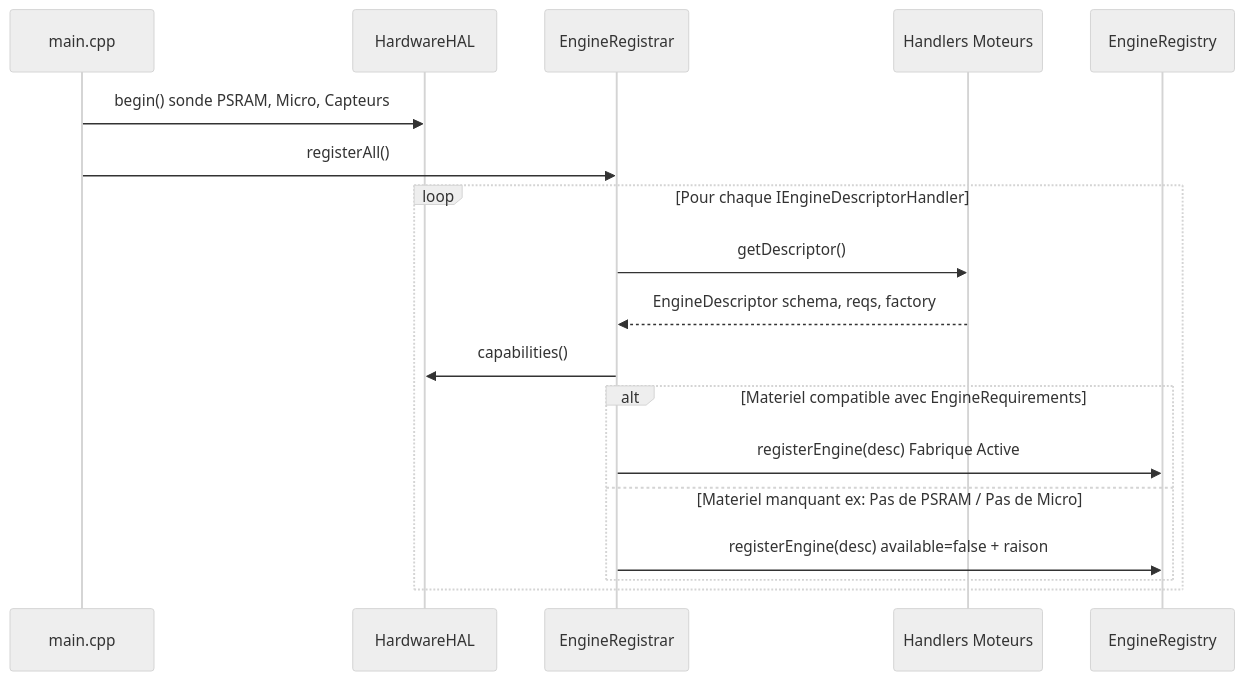
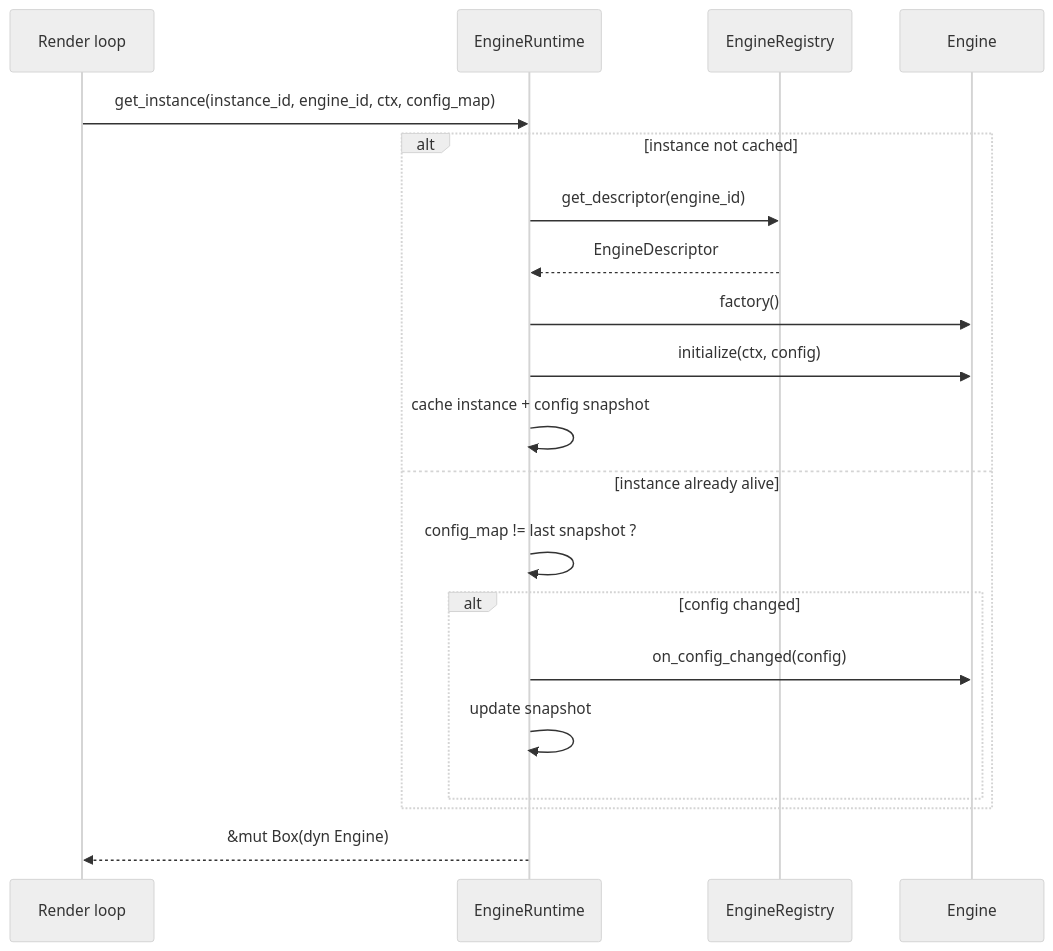
One commit to red77290/ArcadeMatrix changed the fourth of 15 diagrams in docs/ARCHITECTURE_FR.md. Above: the diagram before and after it, drawn with Mermaid (neutral theme). The commit also changed other lines of this file and 16 other files, not shown here.

````diff
--- a/docs/ARCHITECTURE_FR.md
+++ b/docs/ARCHITECTURE_FR.md
@@ -190,21 +248,23 @@
 ```mermaid
 sequenceDiagram
-    participant Boot as main.cpp
-    participant HAL as HardwareHAL
-    participant Reg as EngineRegistrar
-    participant Handlers as Handlers Moteurs
-    participant Registry as EngineRegistry
+    participant RLoop as Render loop
+    participant RT as EngineRuntime
+    participant Reg as EngineRegistry
+    participant Eng as Engine
 
-    Boot->>HAL: begin() sonde PSRAM, Micro, Capteurs
-    Boot->>Reg: registerAll()
-    loop Pour chaque IEngineDescriptorHandler
-        Reg->>Handlers: getDescriptor()
-        Handlers-->>Reg: EngineDescriptor schema, reqs, factory
-        Reg->>HAL: capabilities()
-        alt Materiel compatible avec EngineRequirements
-            Reg->>Registry: registerEngine(desc) Fabrique Active
-        else Materiel manquant ex: Pas de PSRAM / Pas de Micro
-            Reg->>Registry: registerEngine(desc) available=false + raison
+    RLoop->>RT: get_instance(instance_id, engine_id, ctx, config_map)
+    alt instance not cached
+        RT->>Reg: get_descriptor(engine_id)
+        Reg-->>RT: EngineDescriptor
+        RT->>Eng: factory()
+        RT->>Eng: initialize(ctx, config)
+        RT->>RT: cache instance + config snapshot
+    else instance already alive
+        RT->>RT: config_map != last snapshot ?
+        alt config changed
+            RT->>Eng: on_config_changed(config)
+            RT->>RT: update snapshot
         end
     end
+    RT-->>RLoop: &mut Box(dyn Engine)
 ```
````
